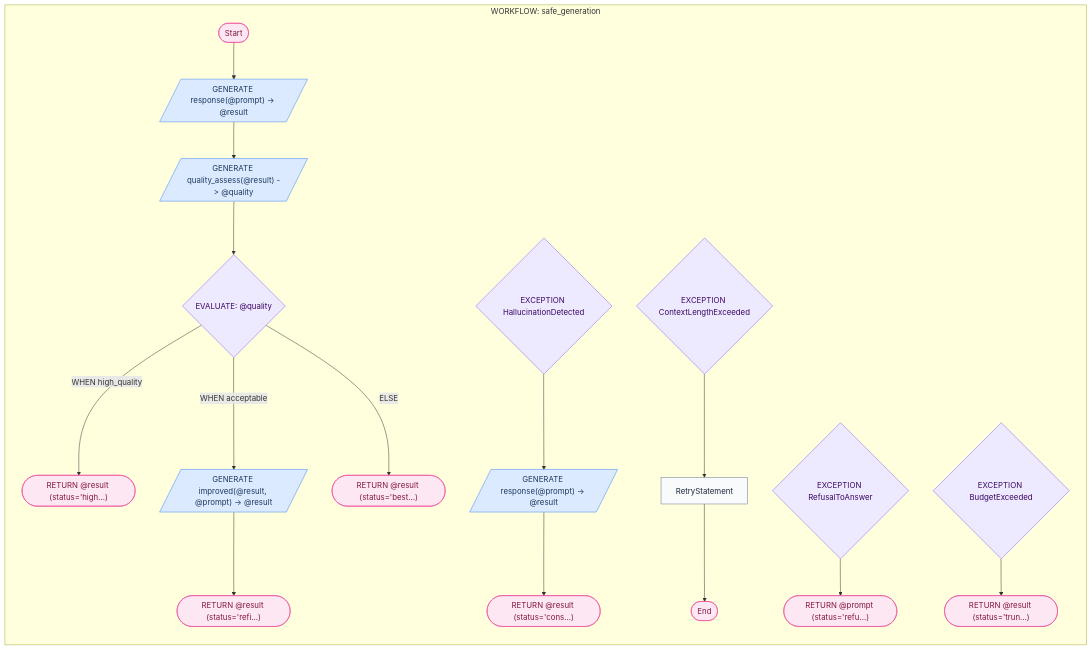
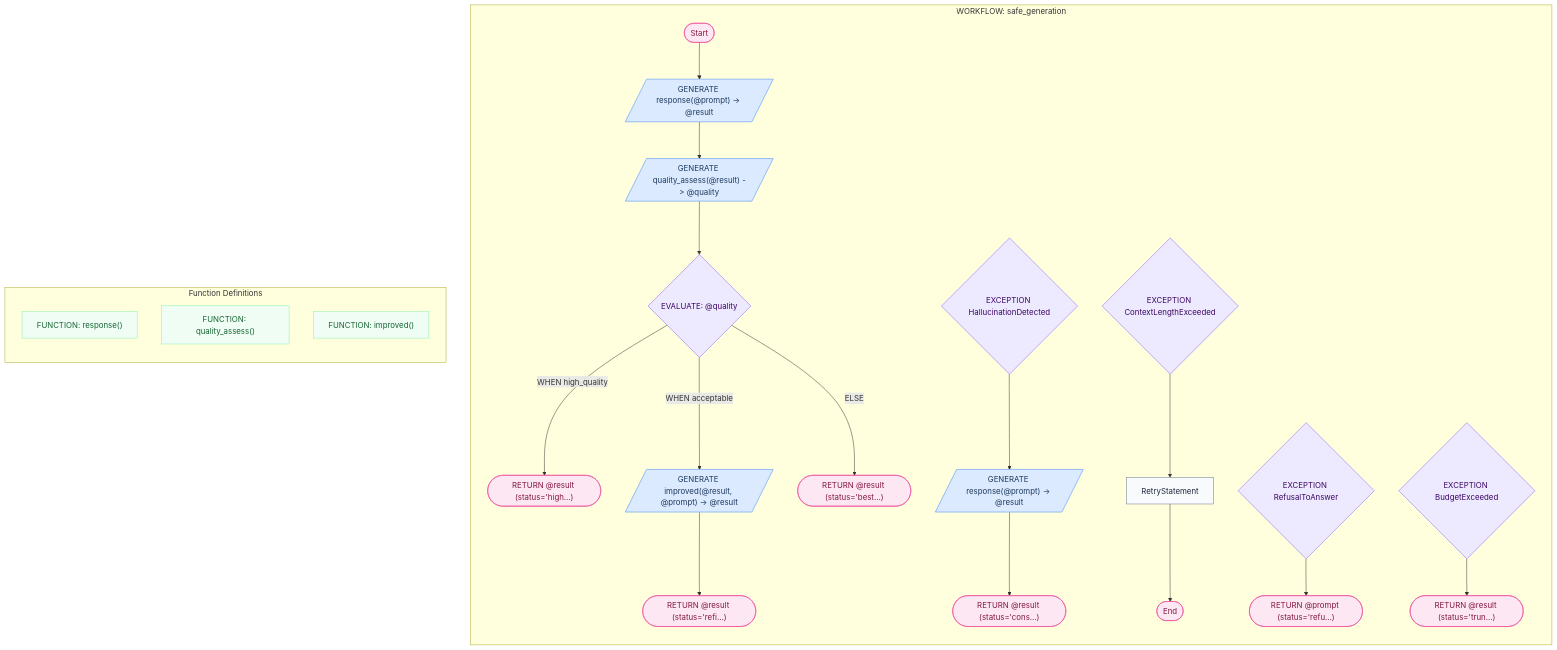
Before and after one commit to digital-duck/SPL.py: the diagram in cookbook/07_safe_generation/mermaid/safe_generation.md, drawn with Mermaid. The commit also changed 334 other files, not shown here.

````diff
--- a/cookbook/07_safe_generation/mermaid/safe_generation.md
+++ b/cookbook/07_safe_generation/mermaid/safe_generation.md
@@ -7,60 +7,69 @@
 ```mermaid
 flowchart TD
     subgraph SG_safe_generation["WORKFLOW: safe_generation"]
     direction TB
     START1(["Start"])
     GEN2[/"GENERATE response(@prompt) -> @result"/]
     GEN3[/"GENERATE quality_assess(@result) -> @quality"/]
     GEN2 --> GEN3
     EVAL4{"EVALUATE: @quality"}
     RET6(["RETURN @result (status='high...)"])
     EVAL4 -->|"WHEN high_quality"| RET6
     GEN7[/"GENERATE improved(@result, @prompt) -> @result"/]
     RET8(["RETURN @result (status='refi...)"])
     GEN7 --> RET8
     EVAL4 -->|"WHEN acceptable"| GEN7
     RET9(["RETURN @result (status='best...)"])
     EVAL4 -->|"ELSE"| RET9
     GEN3 --> EVAL4
     START1 --> GEN2
     END10(["End"])
     EXC11{"EXCEPTION HallucinationDetected"}
     GEN12[/"GENERATE response(@prompt) -> @result"/]
     RET13(["RETURN @result (status='cons...)"])
     GEN12 --> RET13
     EXC11 --> GEN12
     EXC14{"EXCEPTION ContextLengthExceeded"}
     S15["RetryStatement"]
     EXC14 --> S15
     S15 --> END10
     EXC16{"EXCEPTION RefusalToAnswer"}
     RET17(["RETURN @prompt (status='refu...)"])
     EXC16 --> RET17
     EXC18{"EXCEPTION BudgetExceeded"}
     RET19(["RETURN @result (status='trun...)"])
     EXC18 --> RET19
     end
+    subgraph FUNCTIONS["Function Definitions"]
+    direction TB
+    FN20["FUNCTION: response()"]
+    FN21["FUNCTION: quality_assess()"]
+    FN22["FUNCTION: improved()"]
+    end
     class START1 term
     class GEN2 llm
     class GEN3 llm
     class EVAL4 ctrl
     class RET6 term
     class GEN7 llm
     class RET8 term
     class RET9 term
     class END10 term
     class EXC11 ctrl
     class GEN12 llm
     class RET13 term
     class EXC14 ctrl
     class S15 assign
     class EXC16 ctrl
     class RET17 term
     class EXC18 ctrl
     class RET19 term
+    class FN20 fn
+    class FN21 fn
+    class FN22 fn
     classDef llm fill:#dbeafe,stroke:#3b82f6,color:#1e3a5f
     classDef ctrl fill:#ede9fe,stroke:#8b5cf6,color:#3b0764
     classDef term fill:#fce7f3,stroke:#ec4899,color:#831843
     classDef fn fill:#f0fdf4,stroke:#86efac,color:#166534
     classDef assign fill:#f8fafc,stroke:#64748b,color:#1e293b
 ```
````
